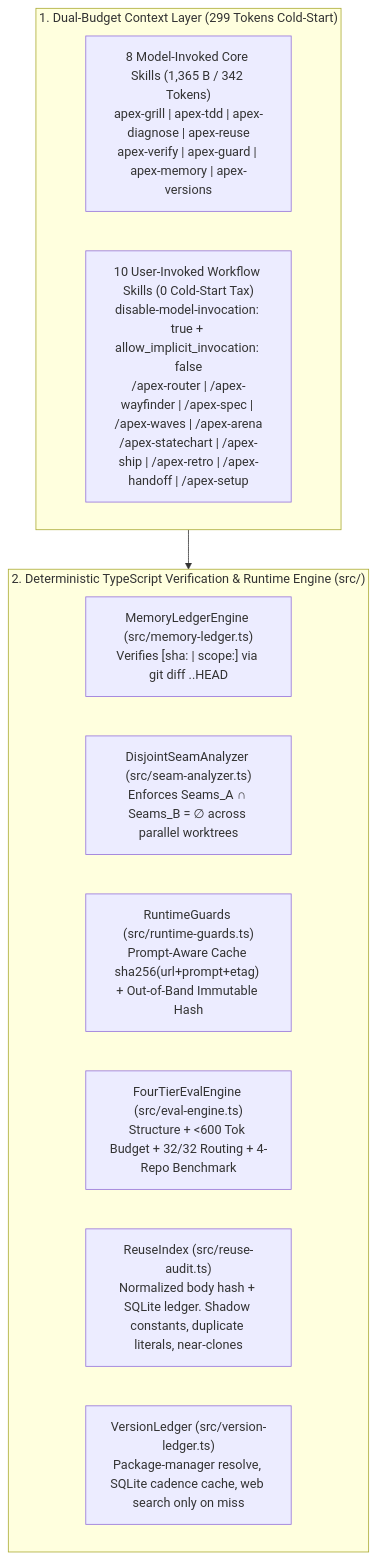
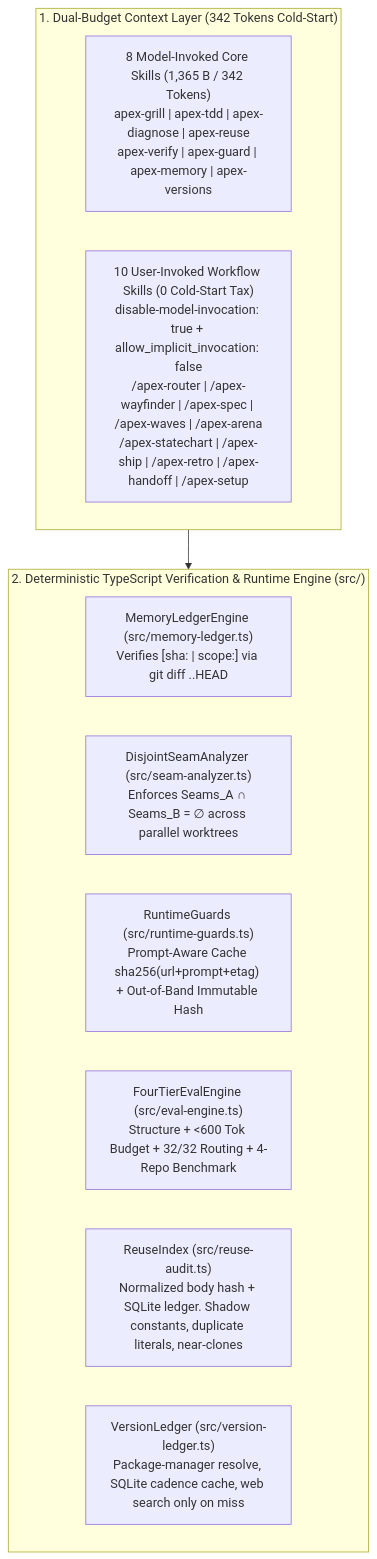
Before and after one commit to thehenrylabsdev/apex-skills: the second of 2 diagrams in README.md, drawn with Mermaid. The commit also changed other lines of this file and 13 other files, not shown here.

````diff
--- a/README.md
+++ b/README.md
@@ -68,20 +71,20 @@
 ```mermaid
 flowchart TB
-    subgraph Budget["1. Dual-Budget Context Layer (299 Tokens Cold-Start)"]
+    subgraph Budget["1. Dual-Budget Context Layer (342 Tokens Cold-Start)"]
         direction LR
         M6["8 Model-Invoked Core Skills (1,365 B / 342 Tokens)<br/>apex-grill | apex-tdd | apex-diagnose | apex-reuse<br/>apex-verify | apex-guard | apex-memory | apex-versions"]
         U10["10 User-Invoked Workflow Skills (0 Cold-Start Tax)<br/>disable-model-invocation: true + allow_implicit_invocation: false<br/>/apex-router | /apex-wayfinder | /apex-spec | /apex-waves | /apex-arena<br/>/apex-statechart | /apex-ship | /apex-retro | /apex-handoff | /apex-setup"]
     end
 
     subgraph Engine["2. Deterministic TypeScript Verification & Runtime Engine (src/)"]
         direction LR
         E1["MemoryLedgerEngine (src/memory-ledger.ts)<br/>Verifies [sha:<commit> | scope:<glob>] via git diff <sha>..HEAD"]
         E2["DisjointSeamAnalyzer (src/seam-analyzer.ts)<br/>Enforces Seams_A ∩ Seams_B = ∅ across parallel worktrees"]
         E3["RuntimeGuards (src/runtime-guards.ts)<br/>Prompt-Aware Cache sha256(url+prompt+etag) + Out-of-Band Immutable Hash"]
         E4["FourTierEvalEngine (src/eval-engine.ts)<br/>Structure + <600 Tok Budget + 32/32 Routing + 4-Repo Benchmark"]
         E6["ReuseIndex (src/reuse-audit.ts)<br/>Normalized body hash + SQLite ledger. Shadow constants, duplicate literals, near-clones"]
         E5["VersionLedger (src/version-ledger.ts)<br/>Package-manager resolve, SQLite cadence cache, web search only on miss"]
     end
 
     Budget --> Engine
 ```
````
